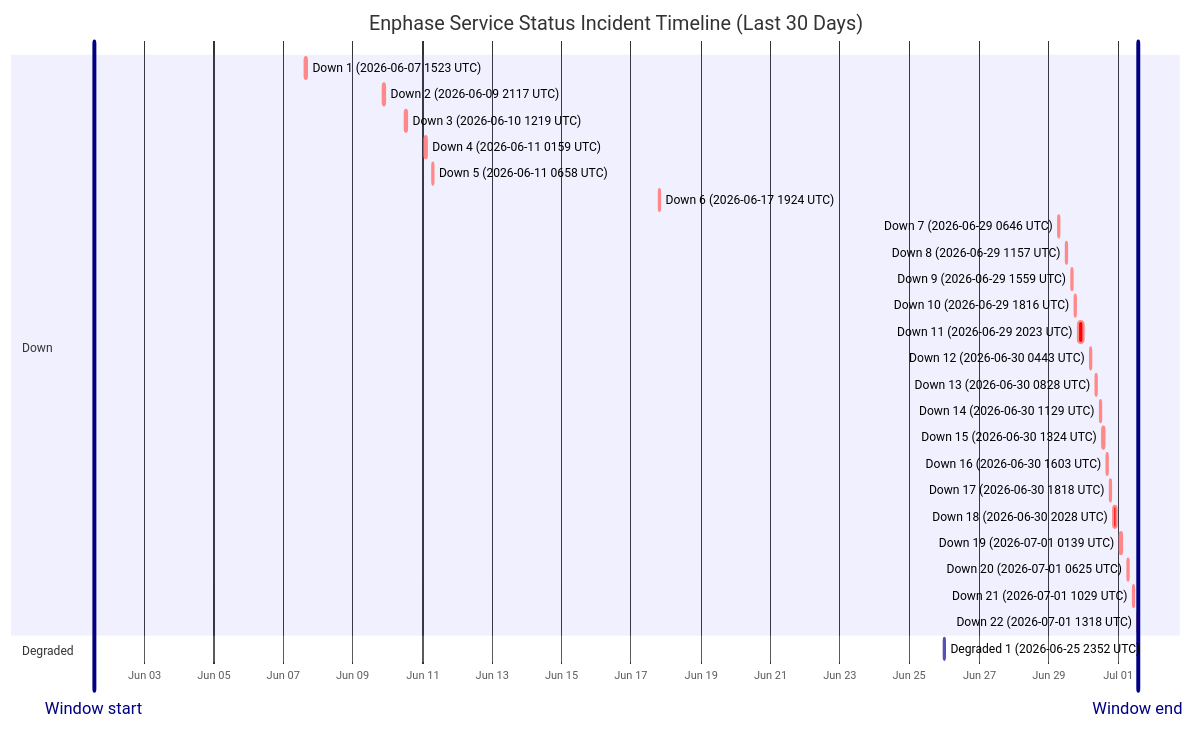
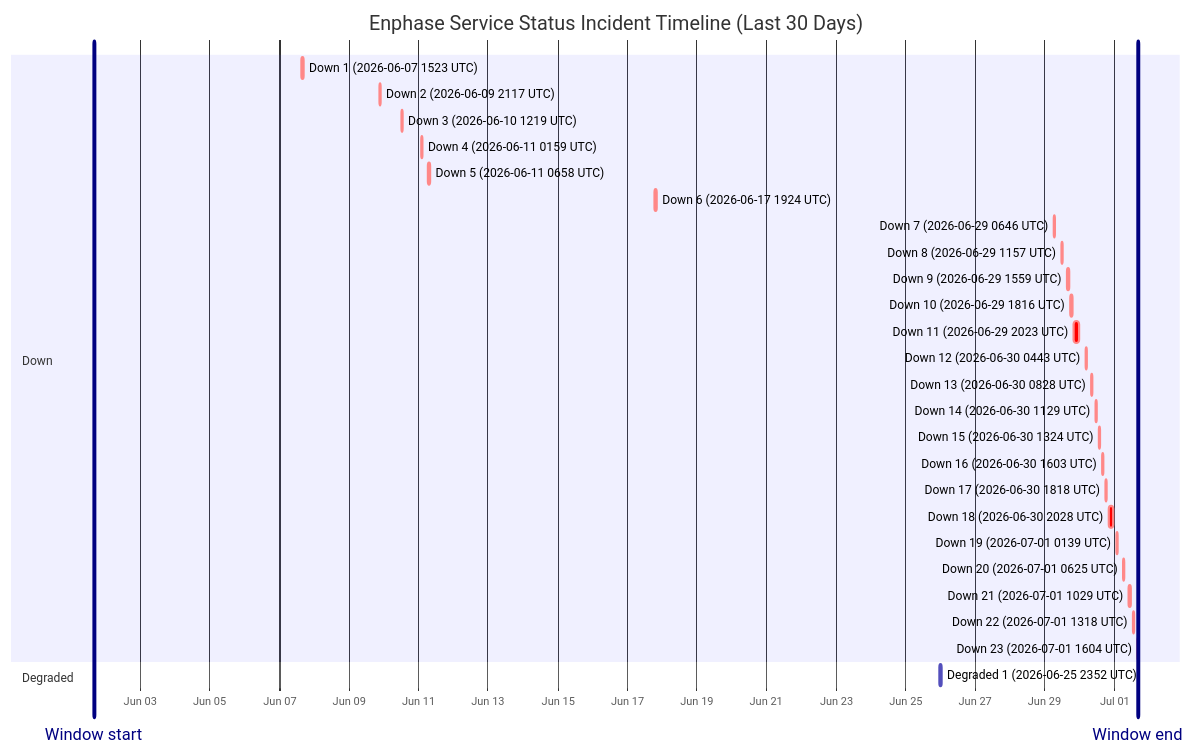
The diagram in wiki/Service-Status-History.md (barneyonline/ha-enphase-energy), drawn with Mermaid before and after one commit. The commit also changed other lines of this file and 3 other files, not shown here.

````diff
--- a/wiki/Service-Status-History.md
+++ b/wiki/Service-Status-History.md
@@ -14,33 +14,34 @@
 ```mermaid
 gantt
     title Enphase Service Status Incident Timeline (Last 30 Days)
     dateFormat  YYYY-MM-DDTHH:mm:ss
     axisFormat  %b %d
-    Window start :vert, window-start, 2026-06-01T13:18:31, 0ms
-    Window end :vert, window-end, 2026-07-01T13:18:31, 0ms
+    Window start :vert, window-start, 2026-06-01T16:04:29, 0ms
+    Window end :vert, window-end, 2026-07-01T16:04:29, 0ms
     section Down
     Down 1 (2026-06-07 1523 UTC) :crit, down-1, 2026-06-07T15:23:22, 87m
     Down 2 (2026-06-09 2117 UTC) :crit, down-2, 2026-06-09T21:17:17, 60m
     Down 3 (2026-06-10 1219 UTC) :crit, down-3, 2026-06-10T12:19:21, 60m
     Down 4 (2026-06-11 0159 UTC) :crit, down-4, 2026-06-11T01:59:36, 60m
     Down 5 (2026-06-11 0658 UTC) :crit, down-5, 2026-06-11T06:58:45, 60m
     Down 6 (2026-06-17 1924 UTC) :crit, down-6, 2026-06-17T19:24:51, 60m
     Down 7 (2026-06-29 0646 UTC) :crit, down-7, 2026-06-29T06:46:18, 60m
     Down 8 (2026-06-29 1157 UTC) :crit, down-8, 2026-06-29T11:57:36, 60m
     Down 9 (2026-06-29 1559 UTC) :crit, down-9, 2026-06-29T15:59:02, 60m
     Down 10 (2026-06-29 1816 UTC) :crit, down-10, 2026-06-29T18:16:38, 60m
     Down 11 (2026-06-29 2023 UTC) :crit, down-11, 2026-06-29T20:23:16, 220m
     Down 12 (2026-06-30 0443 UTC) :crit, down-12, 2026-06-30T04:43:54, 60m
     Down 13 (2026-06-30 0828 UTC) :crit, down-13, 2026-06-30T08:28:43, 60m
     Down 14 (2026-06-30 1129 UTC) :crit, down-14, 2026-06-30T11:29:15, 60m
     Down 15 (2026-06-30 1324 UTC) :crit, down-15, 2026-06-30T13:24:25, 60m
     Down 16 (2026-06-30 1603 UTC) :crit, down-16, 2026-06-30T16:03:26, 60m
     Down 17 (2026-06-30 1818 UTC) :crit, down-17, 2026-06-30T18:18:39, 60m
     Down 18 (2026-06-30 2028 UTC) :crit, down-18, 2026-06-30T20:28:54, 171m
     Down 19 (2026-07-01 0139 UTC) :crit, down-19, 2026-07-01T01:39:18, 60m
     Down 20 (2026-07-01 0625 UTC) :crit, down-20, 2026-07-01T06:25:35, 60m
     Down 21 (2026-07-01 1029 UTC) :crit, down-21, 2026-07-01T10:29:24, 60m
     Down 22 (2026-07-01 1318 UTC) :crit, down-22, 2026-07-01T13:18:31, 60m
+    Down 23 (2026-07-01 1604 UTC) :crit, down-23, 2026-07-01T16:04:29, 60m
     section Degraded
     Degraded 1 (2026-06-25 2352 UTC) :active, degraded-1, 2026-06-25T23:52:01, 60m
 ```
````
